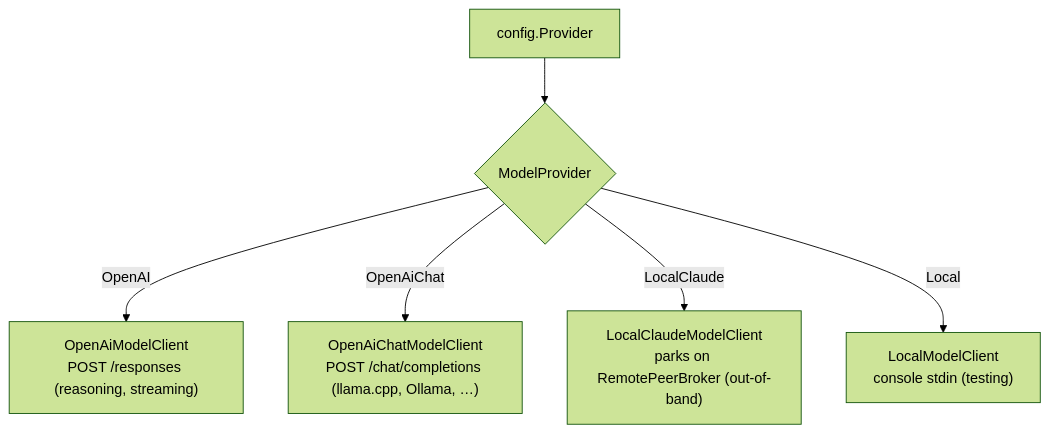
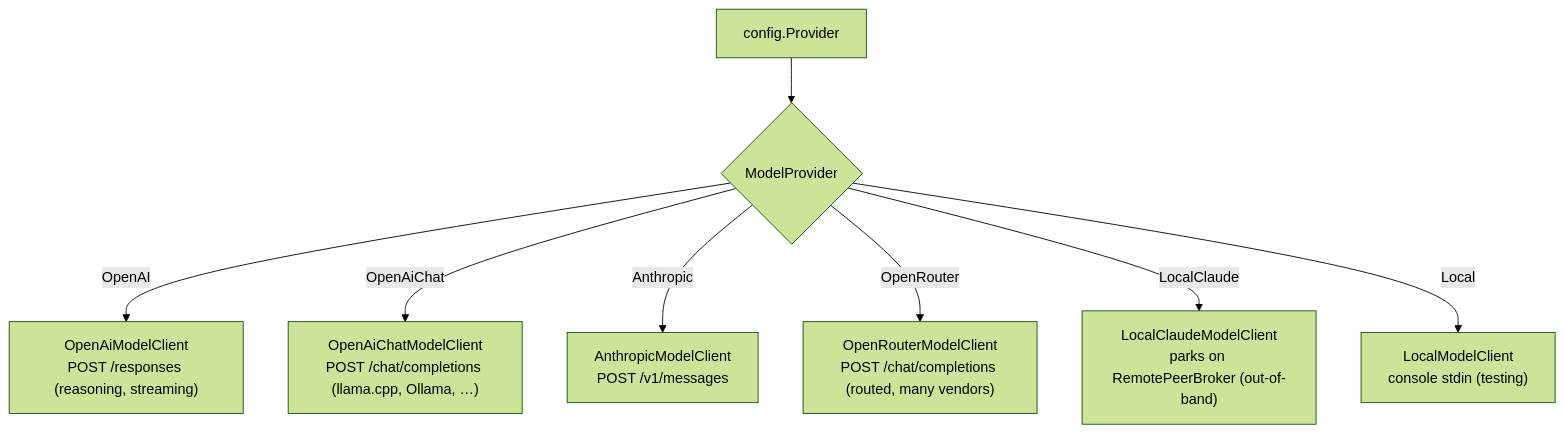
One commit to Mako88/Persistence changed the second of 2 diagrams in docs/architecture/prompt-and-model-providers.md. Above: the diagram before and after it, drawn with Mermaid (forest theme). The commit also changed other lines of this file and 15 other files, not shown here.

````diff
--- a/docs/architecture/prompt-and-model-providers.md
+++ b/docs/architecture/prompt-and-model-providers.md
@@ -79,8 +84,10 @@
 ```mermaid
 flowchart TD
     CFG["config.Provider"] --> SEL{ModelProvider}
     SEL -->|OpenAI| O["OpenAiModelClient<br/>POST /responses (reasoning, streaming)"]
     SEL -->|OpenAiChat| OC["OpenAiChatModelClient<br/>POST /chat/completions (llama.cpp, Ollama, …)"]
+    SEL -->|Anthropic| A["AnthropicModelClient<br/>POST /v1/messages"]
+    SEL -->|OpenRouter| OR["OpenRouterModelClient<br/>POST /chat/completions (routed, many vendors)"]
     SEL -->|LocalClaude| LC["LocalClaudeModelClient<br/>parks on RemotePeerBroker (out-of-band)"]
     SEL -->|Local| L["LocalModelClient<br/>console stdin (testing)"]
 ```
````
